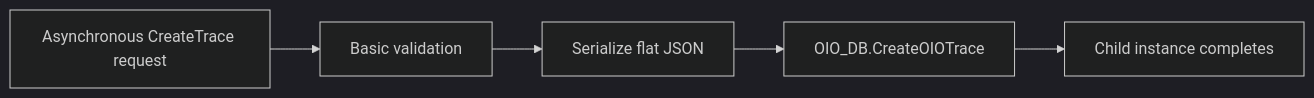
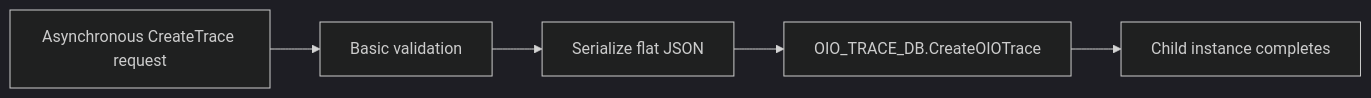
One commit to lucianosilva/oracle-integration-observability changed the first of 3 diagrams in oic/implementation-pattern.md. Above: the diagram before and after it, drawn with Mermaid (dark theme). The commit also changed other lines of this file and 2 other files, not shown here.

Commit message:
artifacts: oic fix

````diff
--- a/oic/implementation-pattern.md
+++ b/oic/implementation-pattern.md
@@ -61,7 +61,7 @@
 ```mermaid
 flowchart LR
     A[Asynchronous CreateTrace request] --> B[Basic validation]
     B --> C[Serialize flat JSON]
-    C --> D[OIO_DB.CreateOIOTrace]
+    C --> D[OIO_TRACE_DB.CreateOIOTrace]
     D --> E[Child instance completes]
 ```
````
